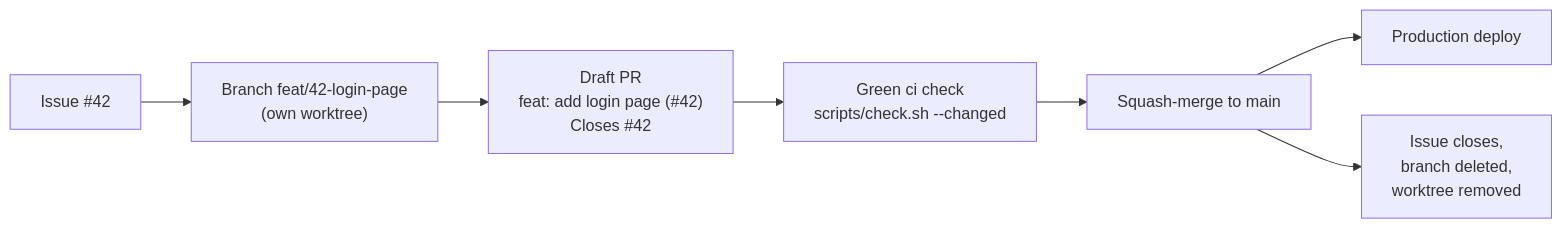
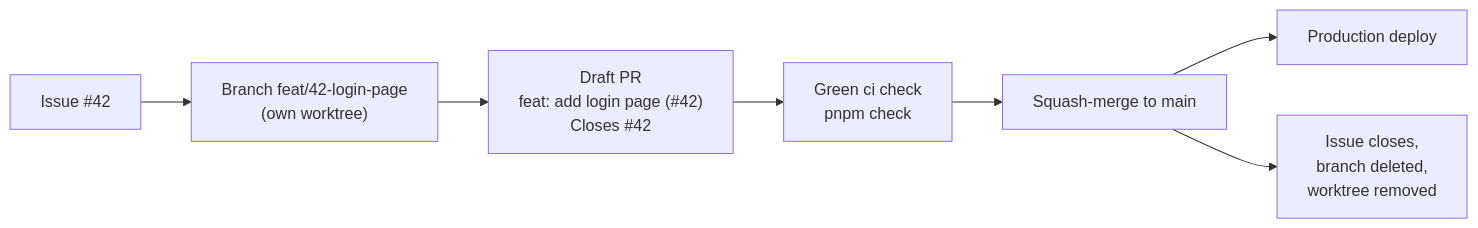
The diagram in CONTRIBUTING.md (Rickvu309/opencv), drawn with Mermaid before and after one commit. The commit also changed other lines of this file and 31 other files, not shown here.

````diff
--- a/CONTRIBUTING.md
+++ b/CONTRIBUTING.md
@@ -12,9 +12,9 @@
 ```mermaid
 flowchart LR
     A["Issue #42"] --> B["Branch feat/42-login-page<br/>(own worktree)"]
     B --> C["Draft PR<br/>feat: add login page (#42)<br/>Closes #42"]
-    C --> D["Green ci check<br/>scripts/check.sh --changed"]
+    C --> D["Green ci check<br/>pnpm check"]
     D --> E["Squash-merge to main"]
     E --> F["Production deploy"]
     E --> G["Issue closes,<br/>branch deleted,<br/>worktree removed"]
 ```
````
